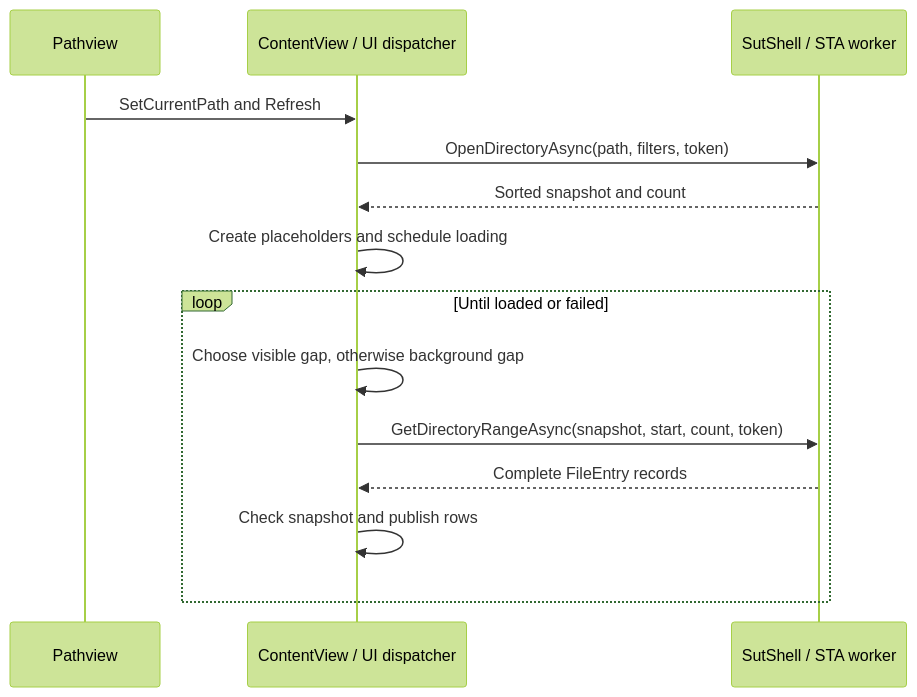
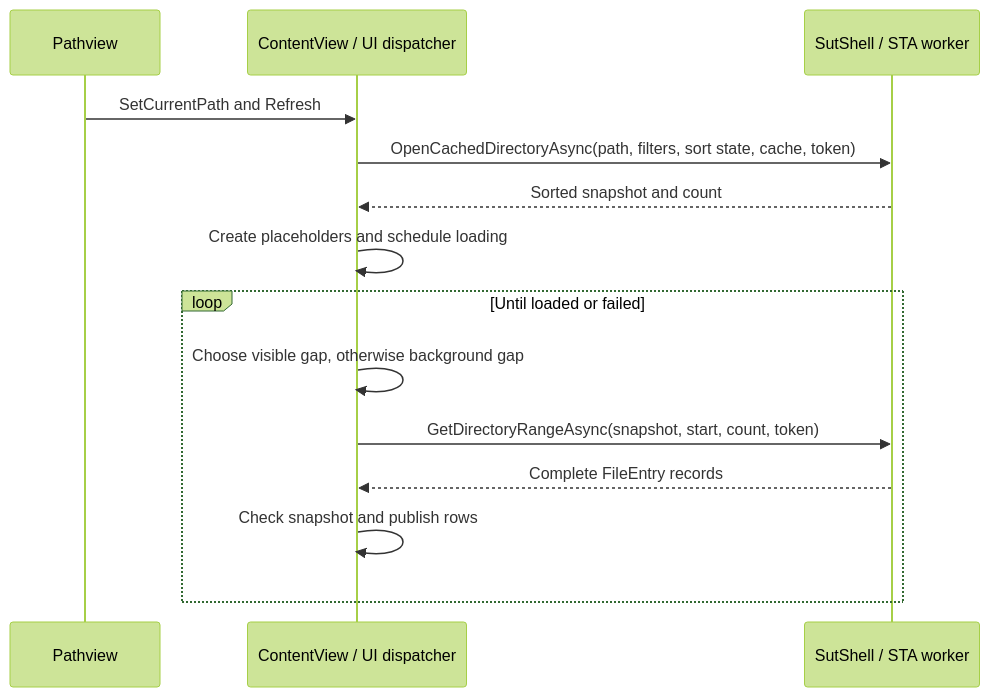
The diagram in CONTENT_VIEW.md (vollir3dstone/SUTWinExplorer), drawn with Mermaid (forest theme) before and after one commit. The commit also changed other lines of this file and 10 other files, not shown here.

````diff
--- a/CONTENT_VIEW.md
+++ b/CONTENT_VIEW.md
@@ -82,16 +98,16 @@
 ```mermaid
 sequenceDiagram
    participant P as Pathview
    participant C as ContentView / UI dispatcher
    participant S as SutShell / STA worker
    P->>C: SetCurrentPath and Refresh
-   C->>S: OpenDirectoryAsync(path, filters, token)
+    C->>S: OpenCachedDirectoryAsync(path, filters, sort state, cache, token)
    S-->>C: Sorted snapshot and count
    C->>C: Create placeholders and schedule loading
    loop Until loaded or failed
       C->>C: Choose visible gap, otherwise background gap
       C->>S: GetDirectoryRangeAsync(snapshot, start, count, token)
       S-->>C: Complete FileEntry records
       C->>C: Check snapshot and publish rows
    end
 ```
````
